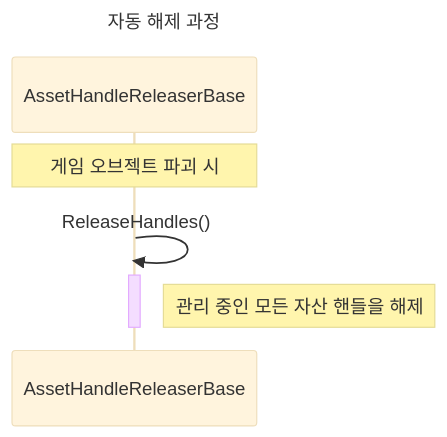
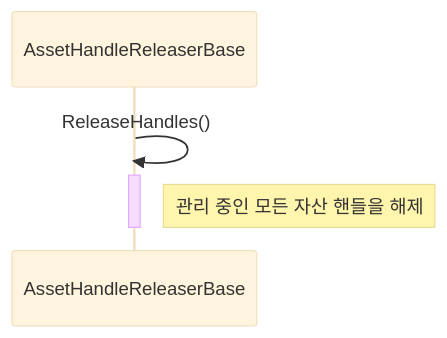
The third of 3 diagrams in README.md (kosuchoi/ApeFramework), drawn with Mermaid (base theme) before and after one commit. The commit also changed other lines of this file, not shown here.

````diff
--- a/README.md
+++ b/README.md
@@ -103,12 +61,9 @@
 ```mermaid
 sequenceDiagram
     participant AssetHandleReleaserBase
 
-    title 자동 해제 과정
-
-    Note over AssetHandleReleaserBase: 게임 오브젝트 파괴 시
     AssetHandleReleaserBase->>AssetHandleReleaserBase: ReleaseHandles()
     activate AssetHandleReleaserBase
     Note right of AssetHandleReleaserBase: 관리 중인 모든 자산 핸들을 해제
     deactivate AssetHandleReleaserBase
 ```
````
